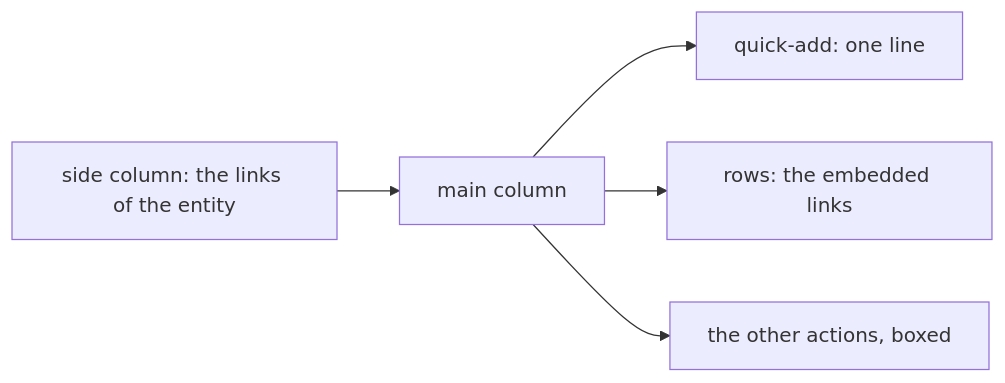
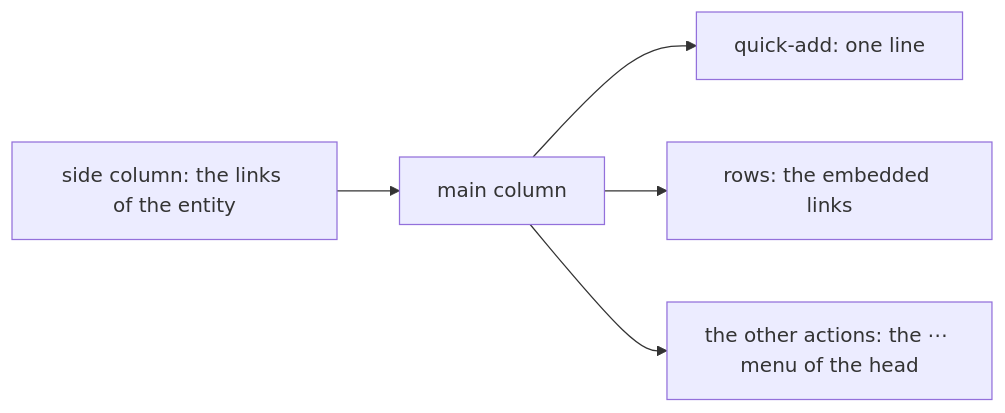
One commit to alexradunet/lifelogdb changed the fifth of 7 diagrams in extensions/README.md. Above: the diagram before and after it, drawn with Mermaid.

Commit message:
extensions/README: the diagram of an app page names the ⋯ menu

````diff
--- a/extensions/README.md
+++ b/extensions/README.md
@@ -173,7 +173,7 @@
 ```mermaid
 flowchart LR
   N["side column: the links of the entity"] --> M["main column"]
   M --> Q["quick-add: one line"]
   M --> R["rows: the embedded links"]
-  M --> A["the other actions, boxed"]
+  M --> A["the other actions: the ⋯ menu of the head"]
 ```
````
